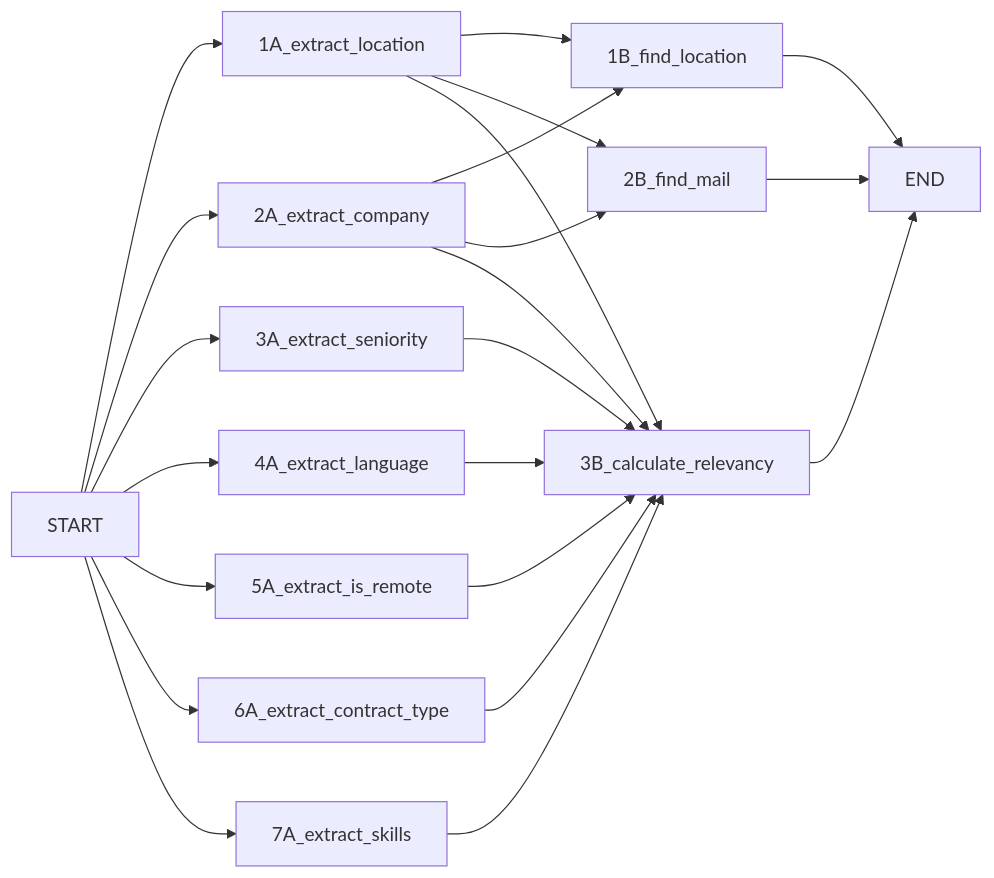
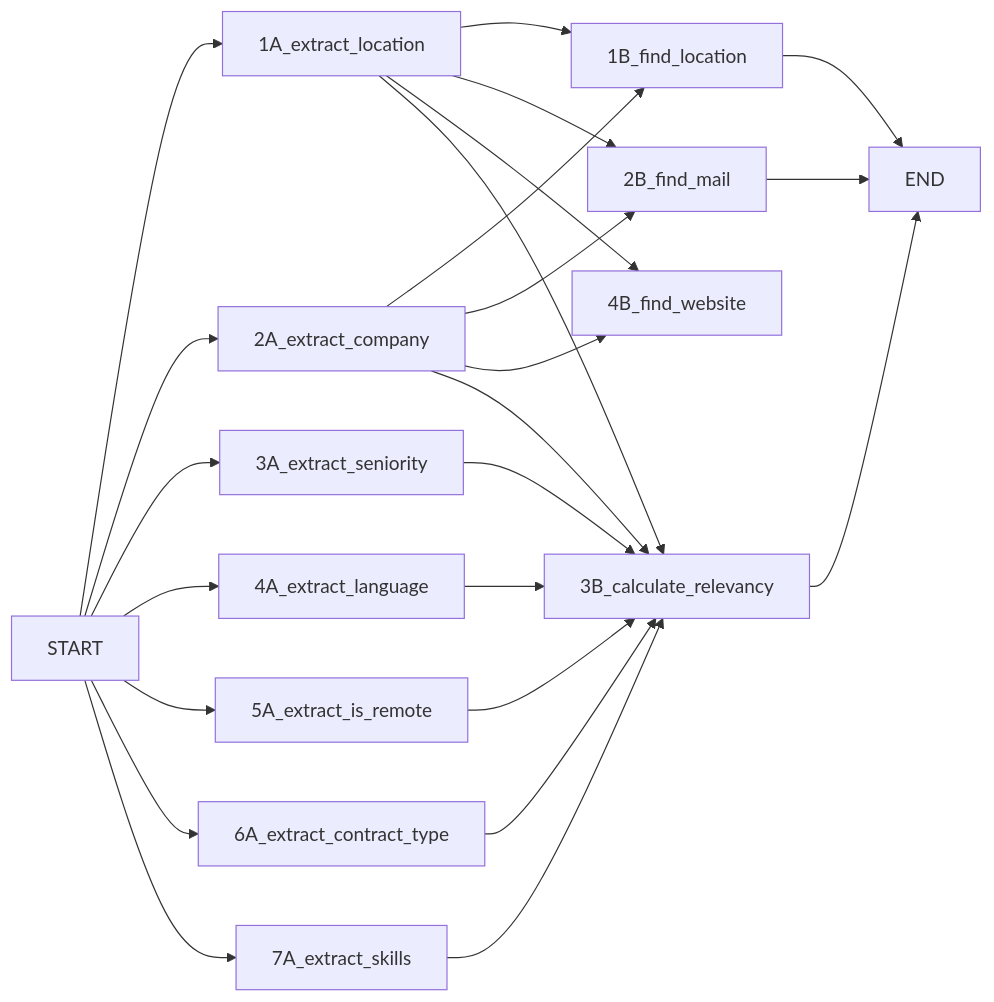
One commit to BigDataCorrompu/InternshipLatam changed the diagram in LangGraph_architecture.md. Above: the diagram before and after it, drawn with Mermaid. The commit also changed 11 other files, not shown here.

````diff
--- a/LangGraph_architecture.md
+++ b/LangGraph_architecture.md
@@ -2,28 +2,30 @@
 ```mermaid
 graph LR
     START --> 1A_extract_location
     START --> 2A_extract_company
     START --> 3A_extract_seniority
     START --> 4A_extract_language
     START --> 5A_extract_is_remote
     START --> 6A_extract_contract_type
     START --> 7A_extract_skills
 
     1A_extract_location --> 1B_find_location
     1A_extract_location --> 2B_find_mail
     2A_extract_company --> 1B_find_location
     2A_extract_company --> 2B_find_mail
+    1A_extract_location --> 4B_find_website
+    2A_extract_company --> 4B_find_website
 
     1B_find_location --> END
     2B_find_mail --> END
 
     3A_extract_seniority --> 3B_calculate_relevancy
     4A_extract_language --> 3B_calculate_relevancy
     5A_extract_is_remote --> 3B_calculate_relevancy
     6A_extract_contract_type --> 3B_calculate_relevancy
     7A_extract_skills --> 3B_calculate_relevancy
     1A_extract_location --> 3B_calculate_relevancy
     2A_extract_company --> 3B_calculate_relevancy
 
     3B_calculate_relevancy --> END
 ```
````
